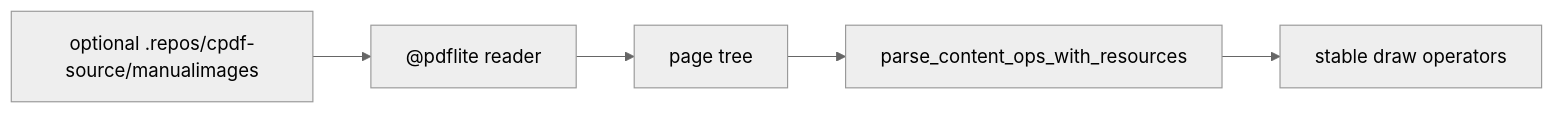
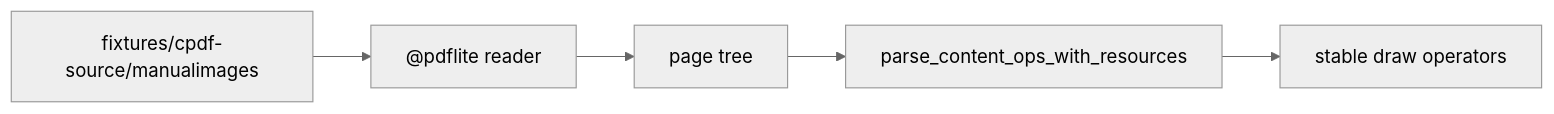
The diagram in pdflite/draw/fixture_acceptance/README.mbt.md (moonbitlang/office.mbt), drawn with Mermaid (neutral theme) before and after one commit. The commit also changed other lines of this file and 49 other files, not shown here.

Commit message:
Track cpdf source fixtures

````diff
--- a/pdflite/draw/fixture_acceptance/README.mbt.md
+++ b/pdflite/draw/fixture_acceptance/README.mbt.md
@@ -8,7 +7,7 @@
 ```mermaid
 flowchart LR
-  Source[optional .repos/cpdf-source/manualimages] --> Reader["@pdflite reader"]
+  Source[fixtures/cpdf-source/manualimages] --> Reader["@pdflite reader"]
   Reader --> Pages[page tree]
   Pages --> Parser[parse_content_ops_with_resources]
   Parser --> Checks[stable draw operators]
 ```
````
